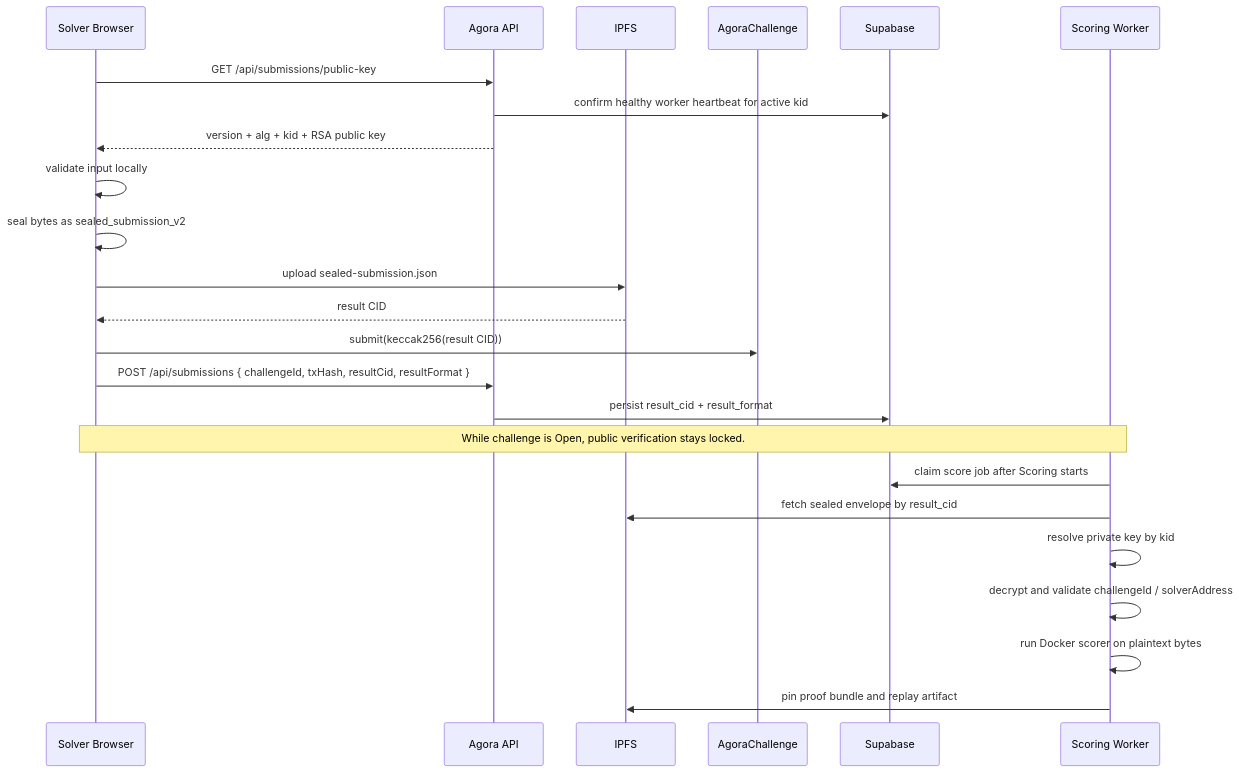
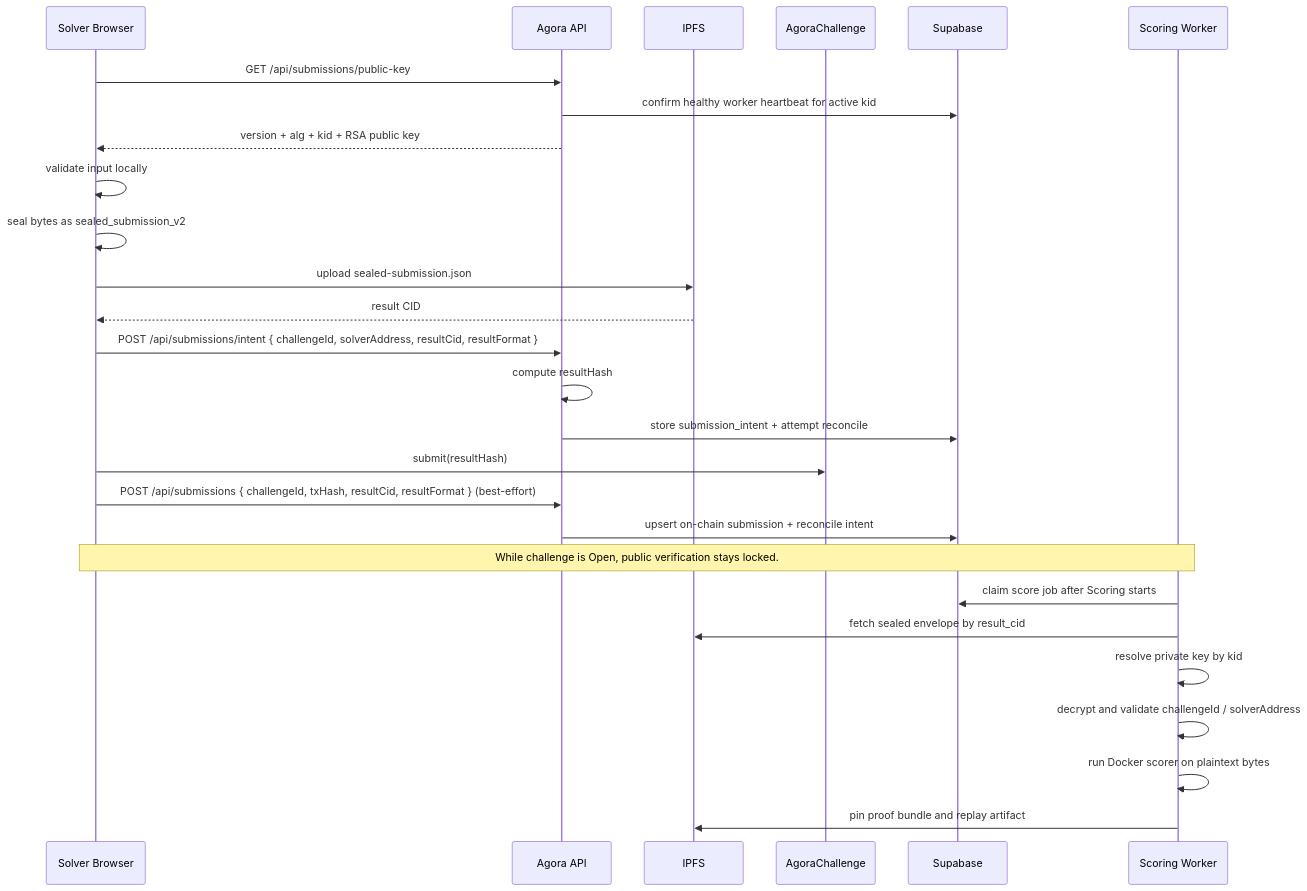
Before and after one commit to andymolecule/Hermes: the diagram in docs/submission-privacy.md, drawn with Mermaid. The commit also changed other lines of this file and 21 other files, not shown here.

Commit message:
Add submission intent reconciliation flow

````diff
--- a/docs/submission-privacy.md
+++ b/docs/submission-privacy.md
@@ -74,29 +74,32 @@
 ```mermaid
 sequenceDiagram
     participant Solver as Solver Browser
     participant API as Agora API
     participant IPFS as IPFS
     participant Chain as AgoraChallenge
     participant DB as Supabase
     participant Worker as Scoring Worker
 
     Solver->>API: GET /api/submissions/public-key
     API->>DB: confirm healthy worker heartbeat for active kid
     API-->>Solver: version + alg + kid + RSA public key
     Solver->>Solver: validate input locally
     Solver->>Solver: seal bytes as sealed_submission_v2
     Solver->>IPFS: upload sealed-submission.json
     IPFS-->>Solver: result CID
-    Solver->>Chain: submit(keccak256(result CID))
-    Solver->>API: POST /api/submissions { challengeId, txHash, resultCid, resultFormat }
-    API->>DB: persist result_cid + result_format
+    Solver->>API: POST /api/submissions/intent { challengeId, solverAddress, resultCid, resultFormat }
+    API->>API: compute resultHash
+    API->>DB: store submission_intent + attempt reconcile
+    Solver->>Chain: submit(resultHash)
+    Solver->>API: POST /api/submissions { challengeId, txHash, resultCid, resultFormat } (best-effort)
+    API->>DB: upsert on-chain submission + reconcile intent
 
     Note over Solver,Worker: While challenge is Open, public verification stays locked.
 
     Worker->>DB: claim score job after Scoring starts
     Worker->>IPFS: fetch sealed envelope by result_cid
     Worker->>Worker: resolve private key by kid
     Worker->>Worker: decrypt and validate challengeId / solverAddress
     Worker->>Worker: run Docker scorer on plaintext bytes
     Worker->>IPFS: pin proof bundle and replay artifact
 ```
````
